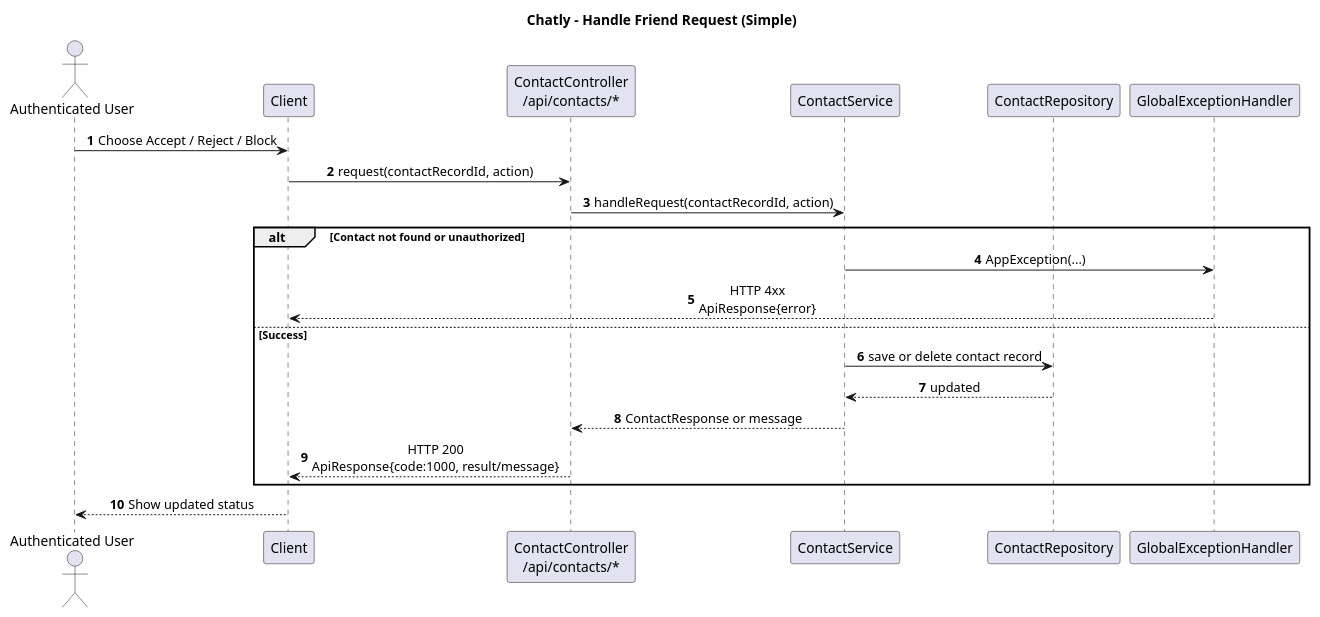
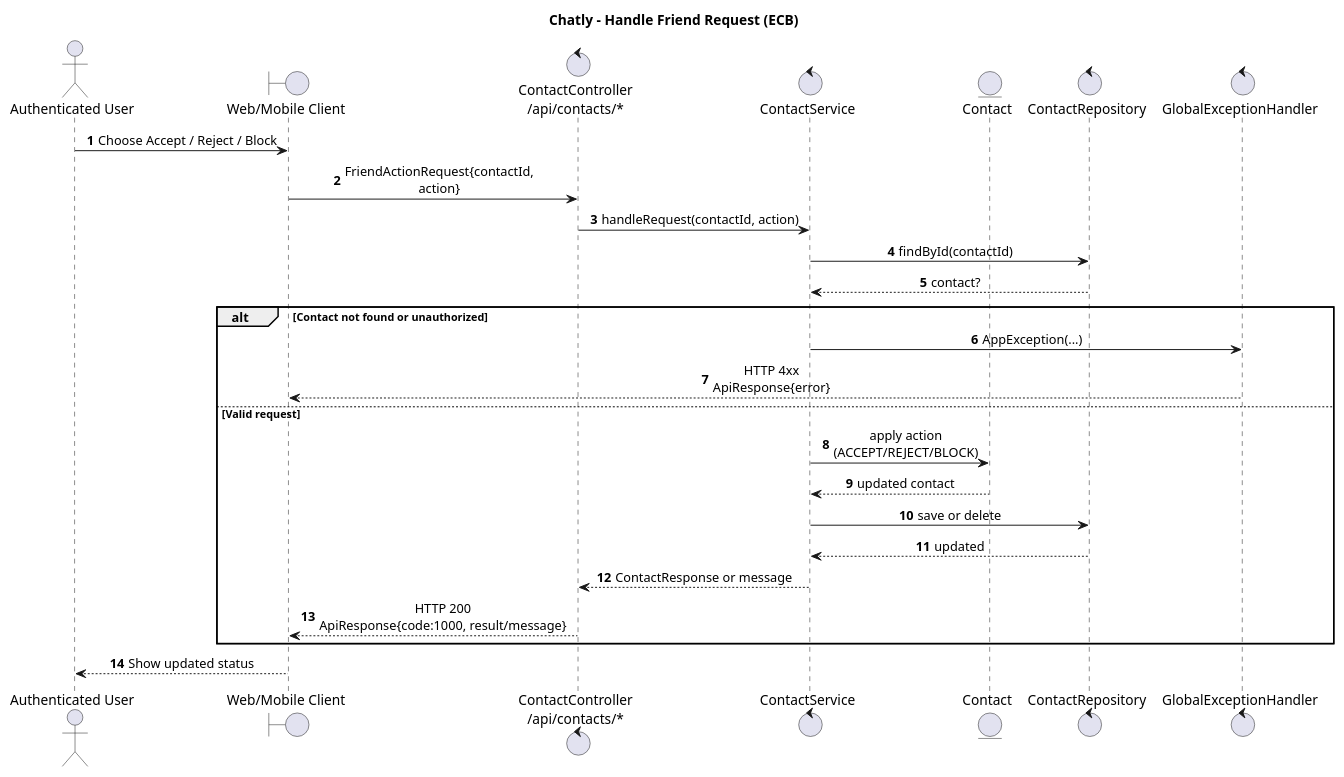
Before and after one commit to giasinguyen/chatly-messaging-platform: the diagram in _resources/diagram/Chatly_Sequence_Handle_Friend_Request.puml, drawn with PlantUML. The commit also changed 13 other files, not shown here.

First line of the commit message:
Refactor sequence diagrams and update story privacy handling

```diff
--- a/_resources/diagram/Chatly_Sequence_Handle_Friend_Request.puml
+++ b/_resources/diagram/Chatly_Sequence_Handle_Friend_Request.puml
@@ -1,31 +1,37 @@
 @startuml Chatly_Sequence_Handle_Friend_Request
-title Chatly - Handle Friend Request (Simple)
+title Chatly - Handle Friend Request (ECB)
 
 autonumber
 skinparam sequenceMessageAlign center
 skinparam responseMessageBelowArrow true
 
-actor "Authenticated User" as U
-participant "Client" as Client
-participant "ContactController\n/api/contacts/*" as ContactController
-participant "ContactService" as ContactService
-participant "ContactRepository" as ContactRepo
-participant "GlobalExceptionHandler" as ExceptionHandler
+actor "Authenticated User" as User
+boundary "Web/Mobile Client" as Client
+control "ContactController\n/api/contacts/*" as ContactController
+control "ContactService" as ContactService
+entity "Contact" as ContactEntity
+control "ContactRepository" as ContactRepo
+control "GlobalExceptionHandler" as ExceptionHandler
 
-U -> Client: Choose Accept / Reject / Block
-Client -> ContactController: request(contactRecordId, action)
-ContactController -> ContactService: handleRequest(contactRecordId, action)
+User -> Client: Choose Accept / Reject / Block
+Client -> ContactController: FriendActionRequest{contactId,\naction}
+ContactController -> ContactService: handleRequest(contactId, action)
+
+ContactService -> ContactRepo: findById(contactId)
+ContactRepo --> ContactService: contact?
 
 alt Contact not found or unauthorized
   ContactService -> ExceptionHandler: AppException(...)
   ExceptionHandler --> Client: HTTP 4xx\nApiResponse{error}
-else Success
-  ContactService -> ContactRepo: save or delete contact record
+else Valid request
+  ContactService -> ContactEntity: apply action\n(ACCEPT/REJECT/BLOCK)
+  ContactEntity --> ContactService: updated contact
+  ContactService -> ContactRepo: save or delete
   ContactRepo --> ContactService: updated
   ContactService --> ContactController: ContactResponse or message
   ContactController --> Client: HTTP 200\nApiResponse{code:1000, result/message}
 end
 
-Client --> U: Show updated status
+Client --> User: Show updated status
 
 @enduml
```
